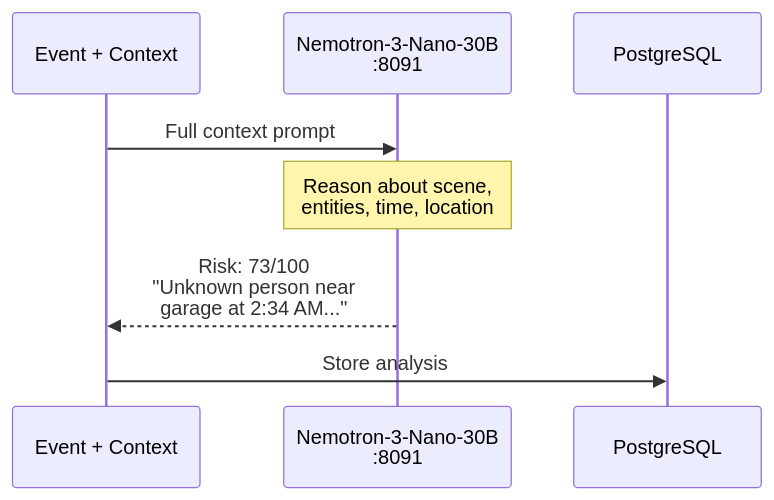
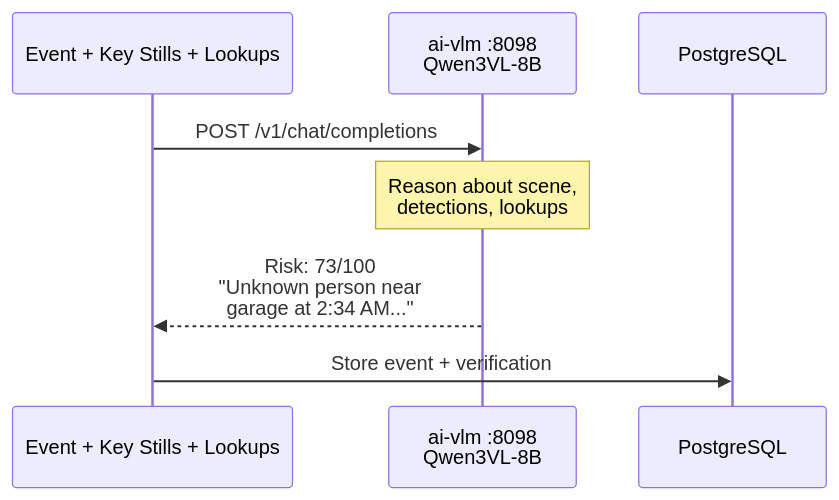
Before and after one commit to mikesvoboda/nemotron-v3-home-security-intelligence: the fifth of 7 diagrams in docs/index.md, drawn with Mermaid. The commit also changed other lines of this file and 231 other files, not shown here.

````diff
--- a/docs/index.md
+++ b/docs/index.md
@@ -130,10 +137,10 @@
 ```mermaid
 sequenceDiagram
-    participant Event as Event + Context
-    participant Nem as Nemotron-3-Nano-30B<br/>:8091
+    participant Event as Event + Key Stills + Lookups
+    participant VLM as ai-vlm :8098<br/>Qwen3VL-8B
     participant DB as PostgreSQL
-    Event->>Nem: Full context prompt
-    Note over Nem: Reason about scene,<br/>entities, time, location
-    Nem-->>Event: Risk: 73/100<br/>"Unknown person near<br/>garage at 2:34 AM..."
-    Event->>DB: Store analysis
+    Event->>VLM: POST /v1/chat/completions
+    Note over VLM: Reason about scene,<br/>detections, lookups
+    VLM-->>Event: Risk: 73/100<br/>"Unknown person near<br/>garage at 2:34 AM..."
+    Event->>DB: Store event + verification
 ```
````
